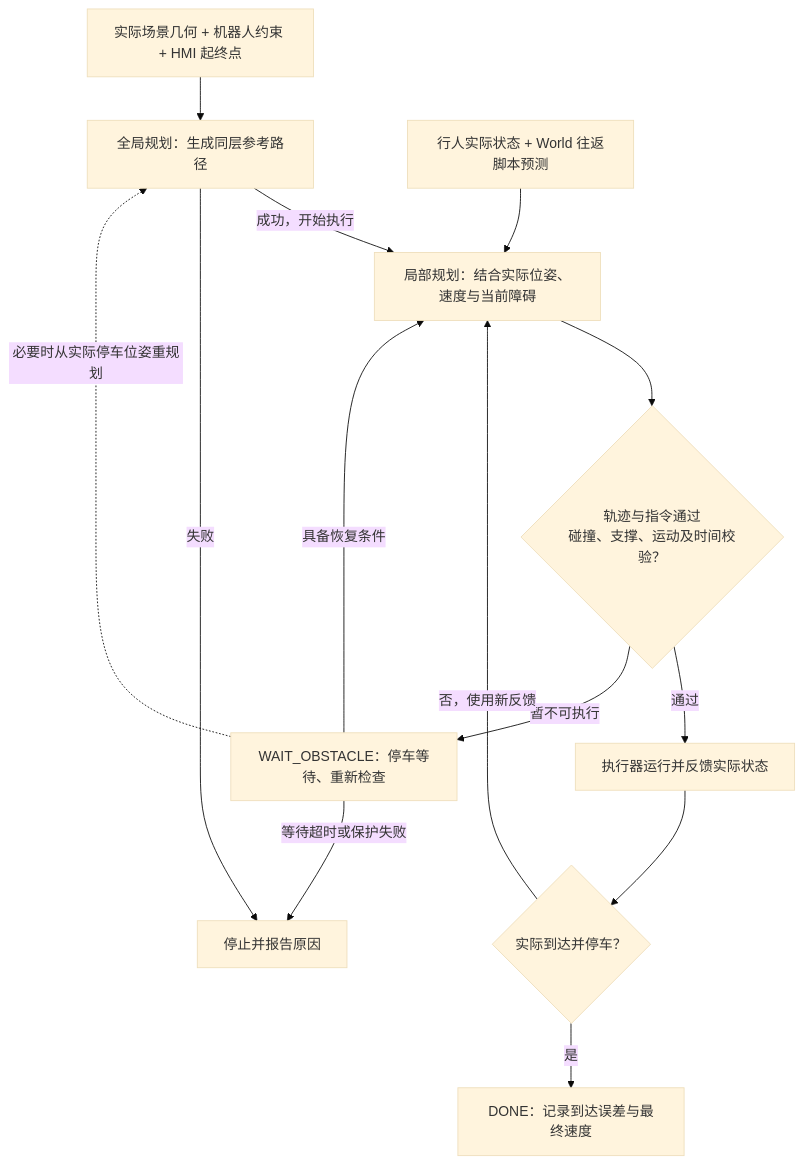
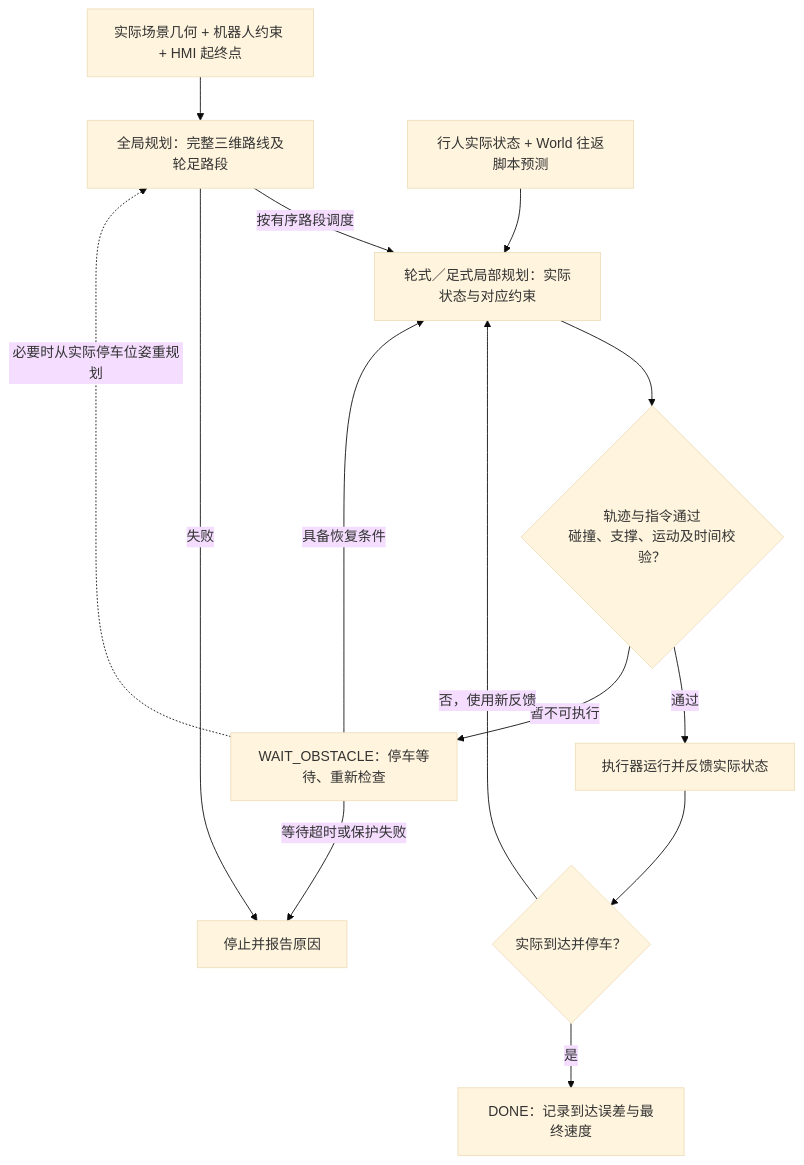
One commit to norinyan/simulation changed the second of 2 diagrams in README.md. Above: the diagram before and after it, drawn with Mermaid (base theme). The commit also changed other lines of this file and 34 other files, not shown here.

````diff
--- a/README.md
+++ b/README.md
@@ -181,16 +181,16 @@
 ```mermaid
 flowchart TD
-    Input["实际场景几何 + 机器人约束 + HMI 起终点"] --> Global["全局规划：生成同层参考路径"]
-    Global -->|成功，开始执行| Local["局部规划：结合实际位姿、速度与当前障碍"]
+    Input["实际场景几何 + 机器人约束 + HMI 起终点"] --> Global["全局规划：完整三维路线及轮足路段"]
+    Global -->|按有序路段调度| Local["轮式／足式局部规划：实际状态与对应约束"]
     Global -->|失败| Fail["停止并报告原因"]
     Ped["行人实际状态 + World 往返脚本预测"] --> Local
     Local --> Check{"轨迹与指令通过<br/>碰撞、支撑、运动及时间校验？"}
     Check -->|通过| Execute["执行器运行并反馈实际状态"]
     Check -->|暂不可执行| Wait["WAIT_OBSTACLE：停车等待、重新检查"]
     Wait -->|具备恢复条件| Local
     Wait -.->|必要时从实际停车位姿重规划| Global
     Wait -->|等待超时或保护失败| Fail
     Execute --> Goal{"实际到达并停车？"}
     Goal -->|否，使用新反馈| Local
     Goal -->|是| Done["DONE：记录到达误差与最终速度"]
 ```
````
